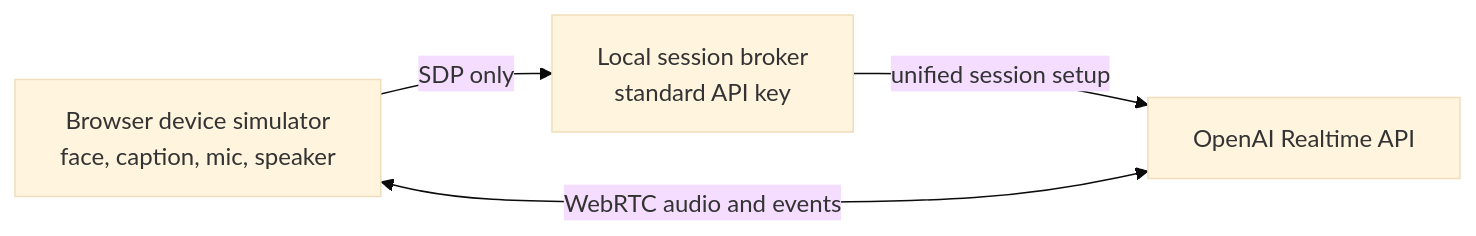
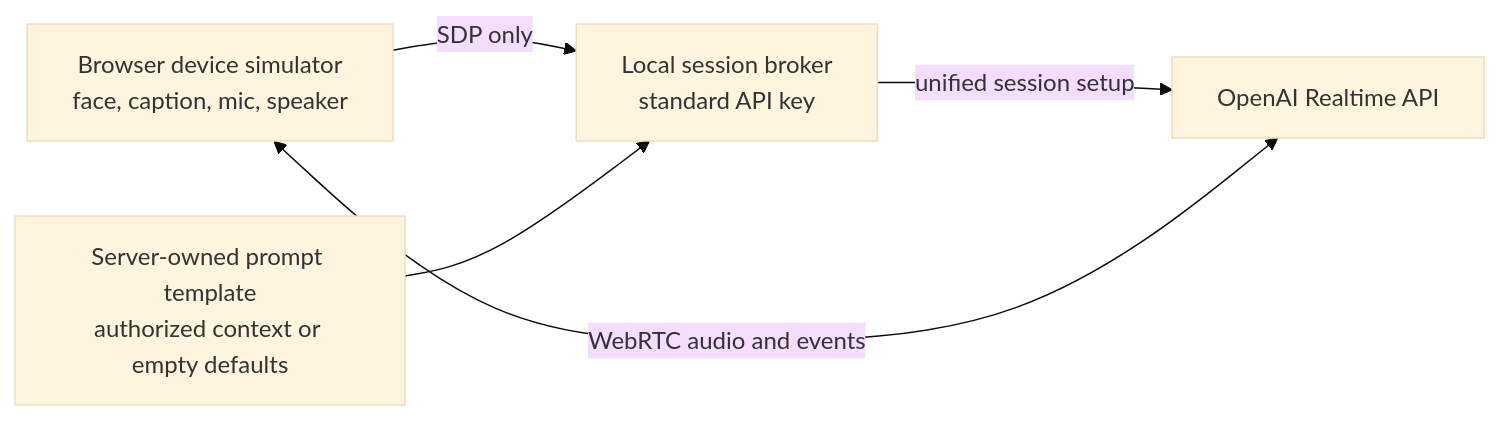
The diagram in docs/prototype/0001_v1_high_level_design.md (parcelstudio-io/Pager), drawn with Mermaid (base theme) before and after one commit. The commit also changed other lines of this file and 26 other files, not shown here.

````diff
--- a/docs/prototype/0001_v1_high_level_design.md
+++ b/docs/prototype/0001_v1_high_level_design.md
@@ -66,6 +69,7 @@
 ```mermaid
 flowchart LR
     B[Browser device simulator<br/>face, caption, mic, speaker] -->|SDP only| G[Local session broker<br/>standard API key]
+    C[Server-owned prompt template<br/>authorized context or empty defaults] --> G
     G -->|unified session setup| O[OpenAI Realtime API]
     B <-->|WebRTC audio and events| O
 ```
````
